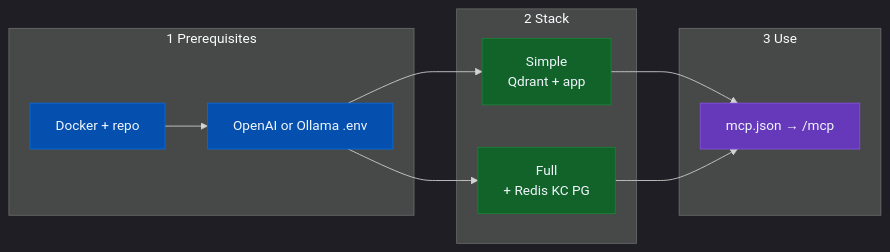
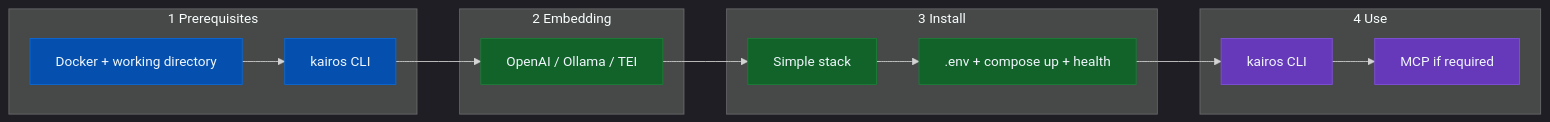
The diagram in docs/install/README.md (debian777/kairos-mcp), drawn with Mermaid before and after one commit. The commit also changed other lines of this file and 13 other files, not shown here.

````diff
--- a/docs/install/README.md
+++ b/docs/install/README.md
@@ -7,27 +28,32 @@
 ```mermaid
 %%{init: {'theme': 'dark'}}%%
 flowchart LR
-  subgraph pre [1 Prerequisites]
-    P[Docker + repo]
-    E[OpenAI or Ollama .env]
+  subgraph p [1 Prerequisites]
+    D[Docker + working directory]
+    C[kairos CLI]
   end
-  subgraph pick [2 Stack]
-    S[Simple<br/>Qdrant + app]
-    F[Full<br/>+ Redis KC PG]
+  subgraph e [2 Embedding]
+    B[OpenAI / Ollama / TEI]
   end
-  subgraph use [3 Use]
-    M[mcp.json → /mcp]
+  subgraph s [3 Install]
+    T[Simple stack]
+    V[".env + compose up + health"]
   end
-  P --> E
-  E --> S
-  E --> F
-  S --> M
-  F --> M
+  subgraph r [4 Use]
+    K[kairos CLI]
+    M[MCP if required]
+  end
+  D --> C
+  C --> B
+  B --> T
+  T --> V
+  V --> K
+  K --> M
 
   classDef c1 fill:#0550ae,stroke:#0969da,color:#f0f6fc
   classDef c2 fill:#116329,stroke:#1a7f37,color:#f0f6fc
   classDef c3 fill:#6639ba,stroke:#8250df,color:#f0f6fc
-  class P,E c1
-  class S,F c2
-  class M c3
+  class D,C c1
+  class B,T,V c2
+  class K,M c3
 ```
````
